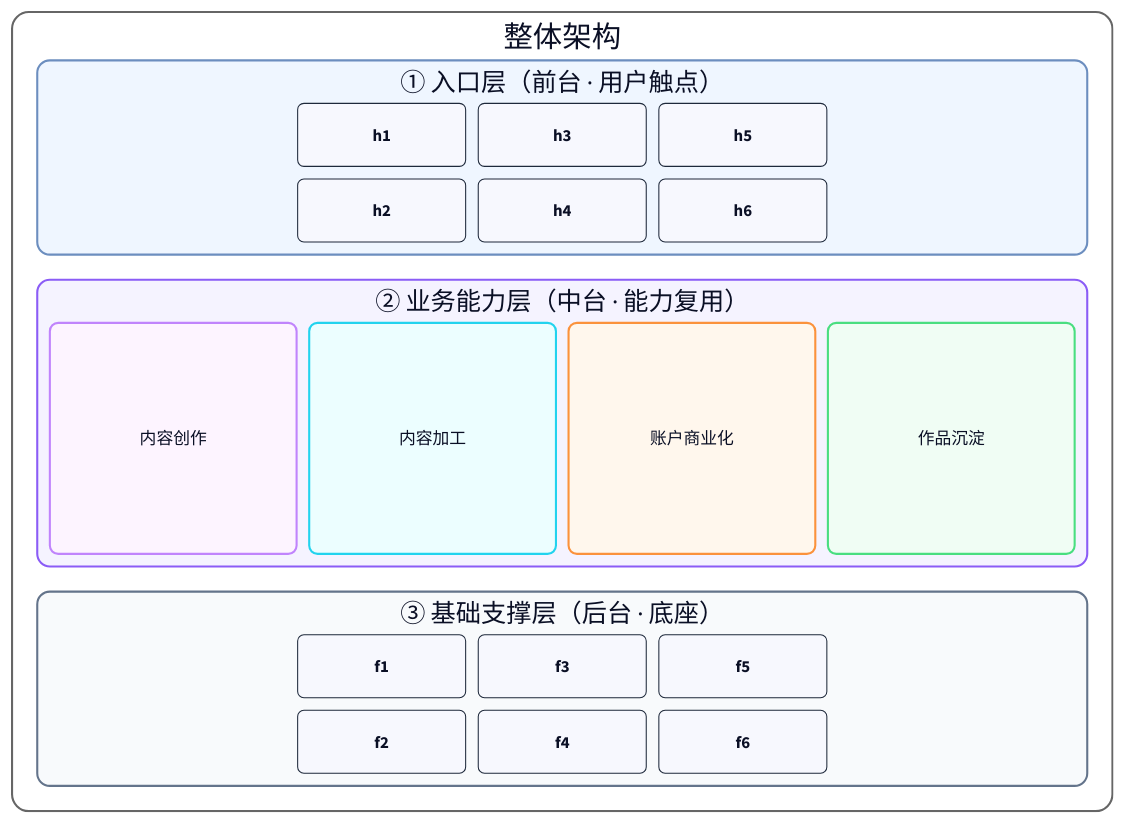
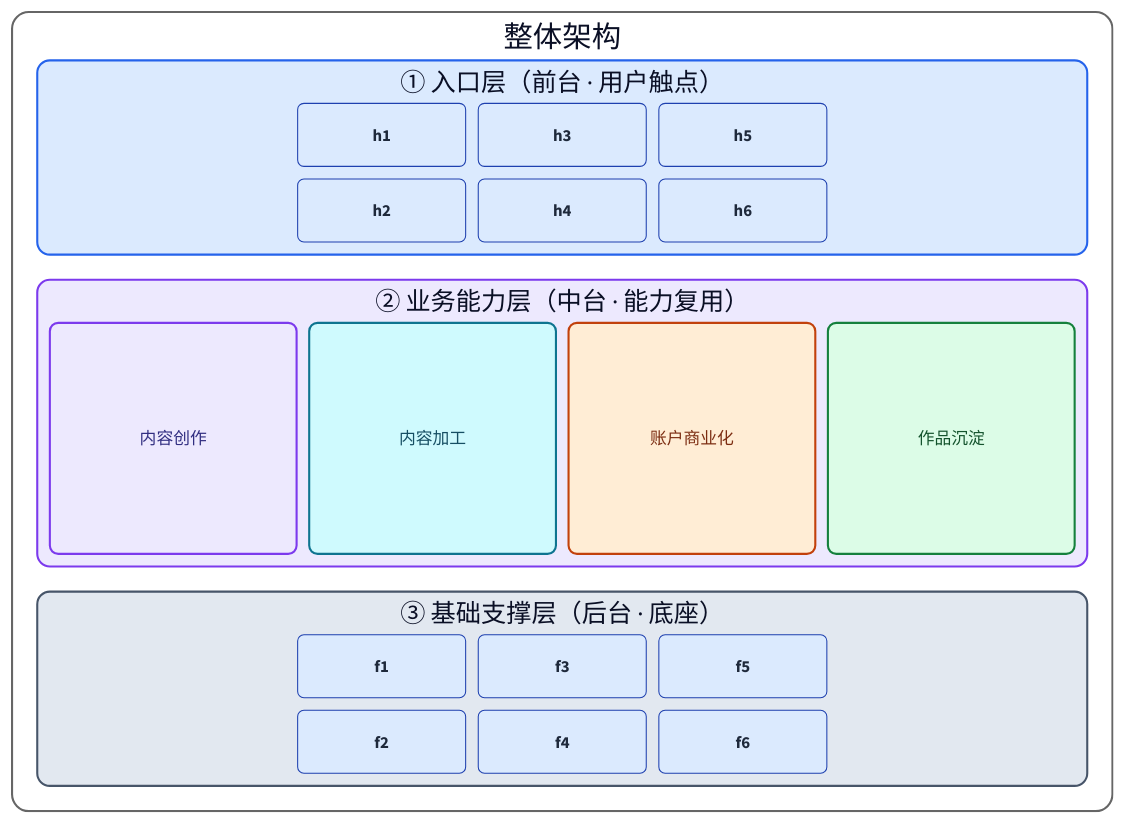
The third of 9 diagrams in skills/c4-container-diagram/SKILL.md (syllr/skills), drawn with D2 before and after one commit. The commit also changed other lines of this file and 1 other file, not shown here.

```diff
--- a/skills/c4-container-diagram/SKILL.md
+++ b/skills/c4-container-diagram/SKILL.md
@@ -340,8 +340,8 @@
   入口层: {
     label: "① 入口层（前台 · 用户触点）"
     width: 1000            # ← 关键：固定宽度保证各层等宽
-    style.fill: "#eff6ff"  # 蓝（用户/入口层惯例色）
-    style.stroke: "#6c8ebf"
+    style.fill: "#dbeafe"  # 蓝（用户/入口层惯例色）
+    style.stroke: "#2563eb"
     style.stroke-width: 2
     style.border-radius: 12
     grid-columns: 3        # ← 关键：子模块数 = grid-columns 才能填满宽度
@@ -357,8 +357,8 @@
   业务能力层: {
     label: "② 业务能力层（中台 · 能力复用）"
     width: 1000
-    style.fill: "#f5f3ff"  # 紫（业务层惯例色）
-    style.stroke: "#8b5cf6"
+    style.fill: "#ede9fe"  # 紫（业务层惯例色）
+    style.stroke: "#7c3aed"
     style.stroke-width: 2
     style.border-radius: 12
     grid-columns: 4        # 4 个能力子域
@@ -372,8 +372,8 @@
   基础支撑层: {
     label: "③ 基础支撑层（后台 · 底座）"
     width: 1000
-    style.fill: "#f8fafc"  # 灰（支撑层惯例色，可改 stroke-dash: 3 虚线化）
-    style.stroke: "#64748b"
+    style.fill: "#e2e8f0"  # 灰（支撑层惯例色，可改 stroke-dash: 3 虚线化）
+    style.stroke: "#475569"
     style.stroke-width: 2
     style.border-radius: 12
     grid-columns: 3
@@ -390,30 +390,34 @@
 # === ④ 子模块通用样式（classes 定义） ===
 classes: {
   module: {              # 基础模块样式
-    style: { border-radius: 6; stroke: "#1e293b"; stroke-width: 1 }
+    style: { border-radius: 6; fill: "#dbeafe"; stroke: "#1e40af"; font-color: "#1e293b"; stroke-width: 1 }
   }
   purpleCard: {           # 紫色卡（内容创作）
     width: 235
-    style.fill: "#fdf4ff"
-    style.stroke: "#c084fc"
+    style.fill: "#ede9fe"
+    style.stroke: "#7c3aed"
+    style.font-color: "#312e81"
     style.border-radius: 8
   }
   cyanCard: {             # 青色卡（内容加工）
     width: 235
-    style.fill: "#ecfeff"
-    style.stroke: "#22d3ee"
+    style.fill: "#cffafe"
+    style.stroke: "#0e7490"
+    style.font-color: "#164e63"
     style.border-radius: 8
   }
   orangeCard: {           # 橙色卡（账户商业化）
     width: 235
-    style.fill: "#fff7ed"
-    style.stroke: "#fb923c"
+    style.fill: "#ffedd5"
+    style.stroke: "#c2410c"
+    style.font-color: "#7c2d12"
     style.border-radius: 8
   }
   greenCard: {            # 绿色卡（作品沉淀）
     width: 235
-    style.fill: "#f0fdf4"
-    style.stroke: "#4ade80"
+    style.fill: "#dcfce7"
+    style.stroke: "#15803d"
+    style.font-color: "#14532d"
     style.border-radius: 8
   }
 }
```
